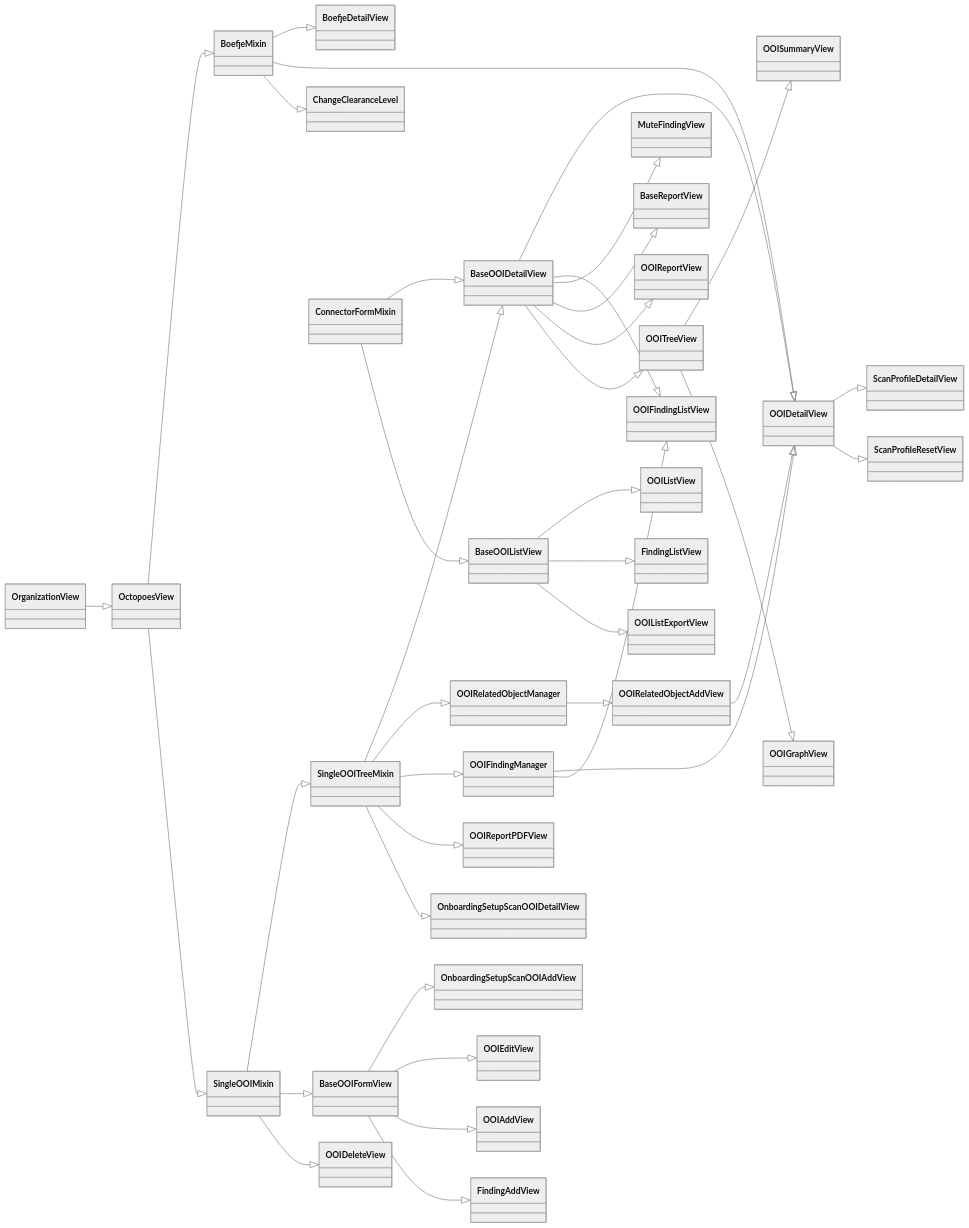
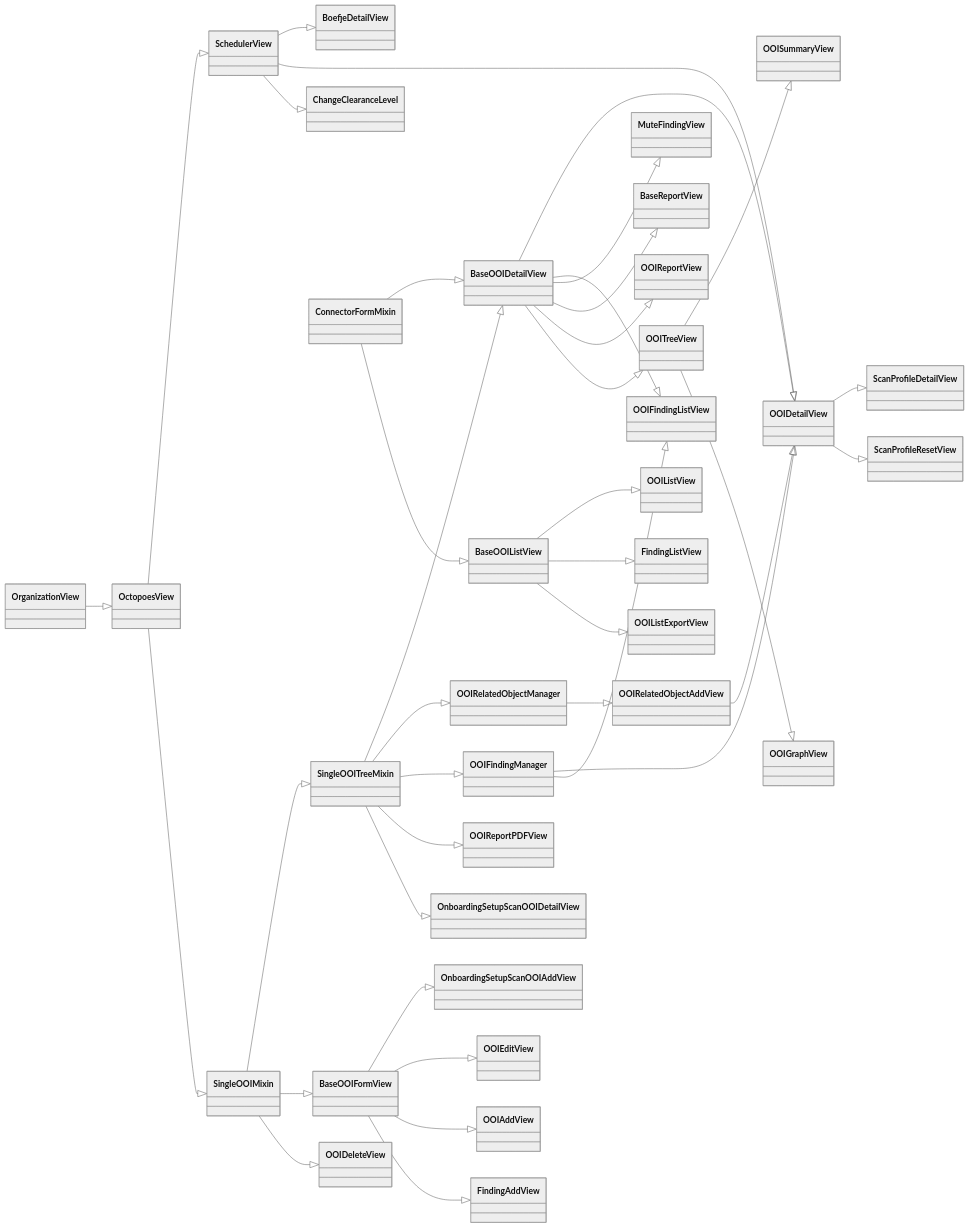
Before and after one commit to minvws/nl-kat-coordination: the third of 4 diagrams in docs/source/developer_documentation/rocky.md, drawn with Mermaid (neutral theme). The commit also changed other lines of this file and 8 other files, not shown here.

Commit message:
Fixes for scheduler view

````diff
--- a/docs/source/developer_documentation/rocky.md
+++ b/docs/source/developer_documentation/rocky.md
@@ -211,55 +211,55 @@
 ```{mermaid}
 classDiagram
 direction RL
     class OrganizationView
     class OctopoesView
-    class BoefjeMixin
+    class SchedulerView
 
     OctopoesView <|-- OrganizationView
 
-    BoefjeMixin <|-- OctopoesView
-    BoefjeDetailView <|-- BoefjeMixin
-    OOIDetailView <|-- BoefjeMixin
+    SchedulerView <|-- OctopoesView
+    BoefjeDetailView <|-- SchedulerView
+    OOIDetailView <|-- SchedulerView
     OOIDetailView <|-- OOIRelatedObjectAddView
     OOIDetailView <|-- OOIFindingManager
-    ChangeClearanceLevel <|-- BoefjeMixin
+    ChangeClearanceLevel <|-- SchedulerView
 
     SingleOOIMixin <|-- OctopoesView
     SingleOOITreeMixin <|-- SingleOOIMixin
 
     BaseOOIDetailView <|-- SingleOOITreeMixin
     BaseOOIDetailView <|-- ConnectorFormMixin
     OOIDetailView <|-- BaseOOIDetailView
     OOIFindingListView <|-- OOIFindingManager
     OOIFindingListView <|-- BaseOOIDetailView
     MuteFindingView <|-- BaseOOIDetailView
     BaseReportView <|-- BaseOOIDetailView
 
     OOIReportView <|-- BaseOOIDetailView
     OOITreeView <|-- BaseOOIDetailView
     OOISummaryView <|-- OOITreeView
     OOIGraphView <|-- OOITreeView
 
     OOIRelatedObjectManager <|-- SingleOOITreeMixin
     OOIFindingManager <|-- SingleOOITreeMixin
     OOIRelatedObjectAddView <|-- OOIRelatedObjectManager
 
     OOIReportPDFView <|-- SingleOOITreeMixin
     OnboardingSetupScanOOIDetailView <|-- SingleOOITreeMixin
 
     BaseOOIFormView <|-- SingleOOIMixin
     OOIDeleteView <|-- SingleOOIMixin
 
     OnboardingSetupScanOOIAddView <|-- BaseOOIFormView
     OOIEditView <|-- BaseOOIFormView
     OOIAddView <|-- BaseOOIFormView
     FindingAddView <|-- BaseOOIFormView
 
     BaseOOIListView <|-- ConnectorFormMixin
     OOIListView <|-- BaseOOIListView
     FindingListView <|-- BaseOOIListView
     OOIListExportView <|-- BaseOOIListView
 
     ScanProfileDetailView <|-- OOIDetailView
     ScanProfileResetView <|-- OOIDetailView
 ```
````
